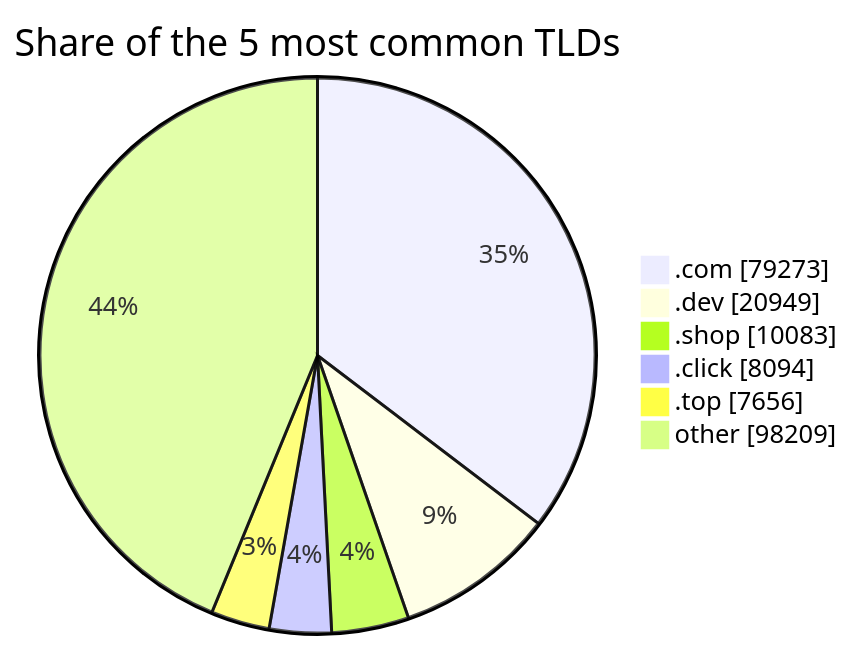
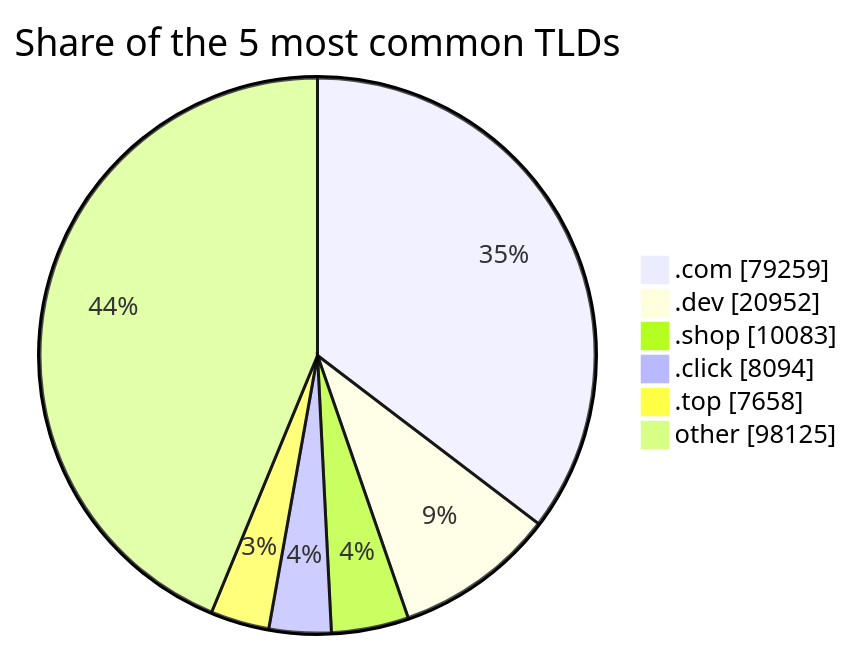
The third of 3 diagrams in README.md (DNSBunker/CTI), drawn with Mermaid before and after one commit. The commit also changed other lines of this file and 3 other files, not shown here.

````diff
--- a/README.md
+++ b/README.md
@@ -81,9 +81,9 @@
 ```mermaid
 pie showData title Share of the 5 most common TLDs
-    ".com" : 79273
-    ".dev" : 20949
+    ".com" : 79259
+    ".dev" : 20952
     ".shop" : 10083
     ".click" : 8094
-    ".top" : 7656
-    "other" : 98209
+    ".top" : 7658
+    "other" : 98125
 ```
````
